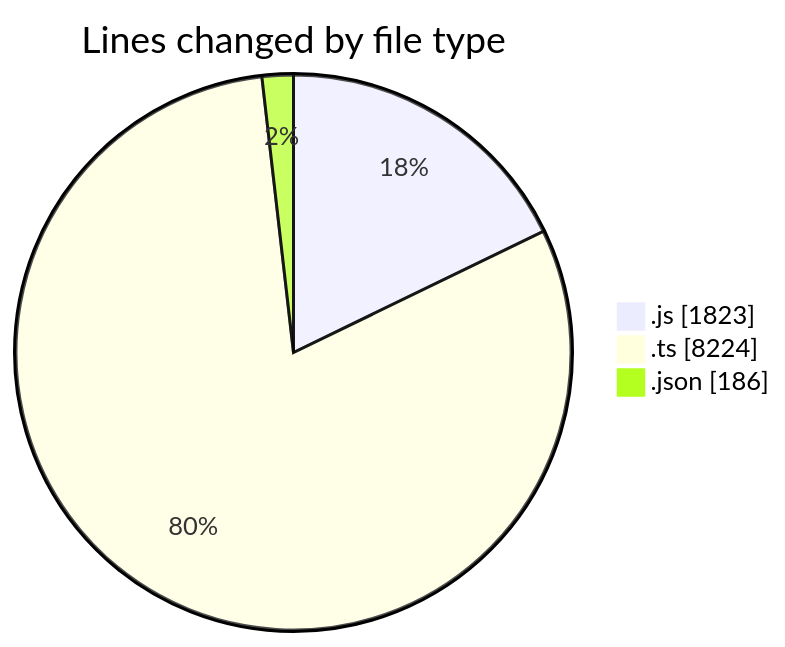
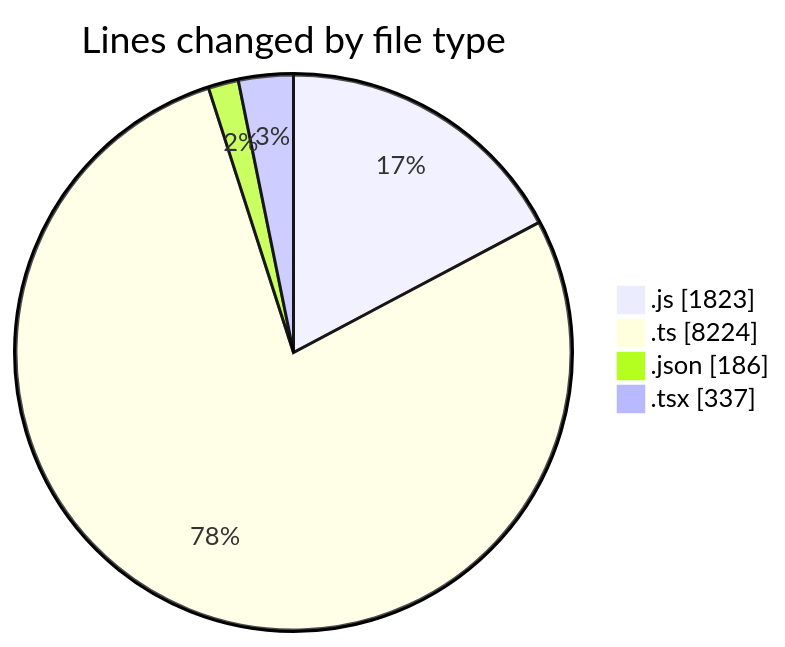
One commit to momahboobian/code-tracking changed the first of 2 diagrams in 2026-04-08/cda/README.md. Above: the diagram before and after it, drawn with Mermaid. The commit also changed other lines of this file and 1 other file, not shown here.

````diff
--- a/2026-04-08/cda/README.md
+++ b/2026-04-08/cda/README.md
@@ -26,7 +27,8 @@
 ```mermaid
 pie showData
 title Lines changed by file type
 ".js" : 1823
 ".ts" : 8224
 ".json" : 186
+".tsx" : 337
 ```
````
